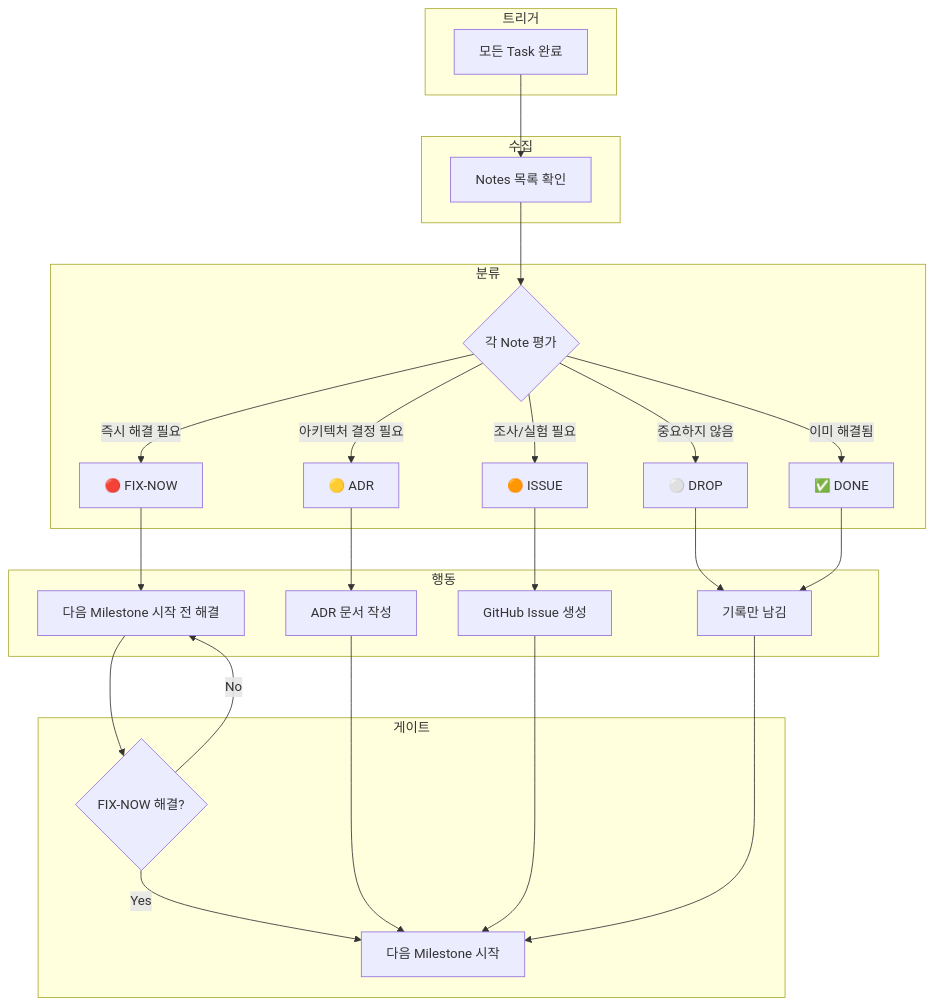
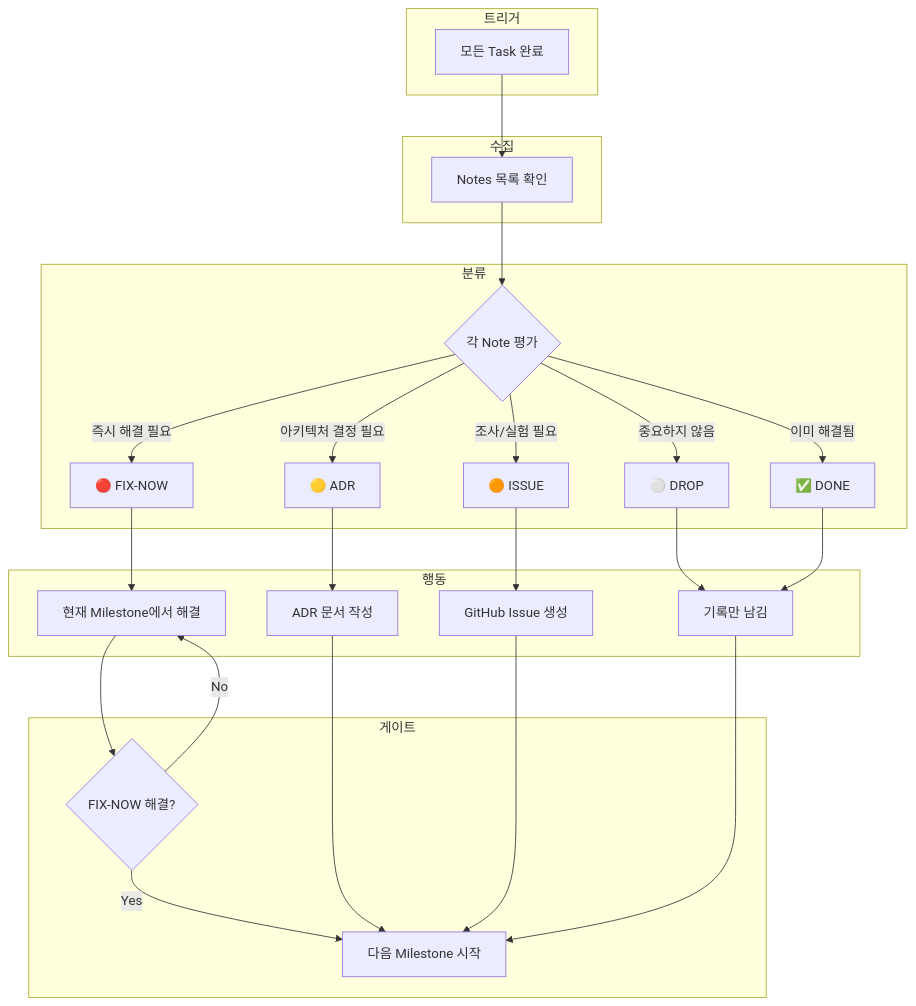
Before and after one commit to cagojeiger/code-hub: the sixth of 8 diagrams in docs/workflow.md, drawn with Mermaid. The commit also changed other lines of this file and 1 other file, not shown here.

````diff
--- a/docs/workflow.md
+++ b/docs/workflow.md
@@ -251,37 +314,37 @@
 ```mermaid
 flowchart TD
     subgraph Trigger["트리거"]
         ALL_TASK_DONE[모든 Task 완료]
     end
 
     subgraph Collect["수집"]
         ALL_TASK_DONE --> NOTES[Notes 목록 확인]
     end
 
     subgraph Classify["분류"]
         NOTES --> ASSESS{각 Note 평가}
 
         ASSESS -->|즉시 해결 필요| FIX["🔴 FIX-NOW"]
         ASSESS -->|아키텍처 결정 필요| ADR["🟡 ADR"]
         ASSESS -->|조사/실험 필요| ISSUE["🟠 ISSUE"]
         ASSESS -->|중요하지 않음| DROP["⚪ DROP"]
         ASSESS -->|이미 해결됨| DONE["✅ DONE"]
     end
 
     subgraph Act["행동"]
-        FIX --> BLOCK[다음 Milestone 시작 전 해결]
+        FIX --> BLOCK[현재 Milestone에서 해결]
         ADR --> ADR_DOC[ADR 문서 작성]
         ISSUE --> GH_ISSUE[GitHub Issue 생성]
         DROP --> ARCHIVE[기록만 남김]
         DONE --> ARCHIVE
     end
 
     subgraph Gate["게이트"]
         BLOCK --> CHECK{FIX-NOW 해결?}
         CHECK -->|No| BLOCK
         CHECK -->|Yes| NEXT[다음 Milestone 시작]
         ADR_DOC --> NEXT
         GH_ISSUE --> NEXT
         ARCHIVE --> NEXT
     end
 ```
````
